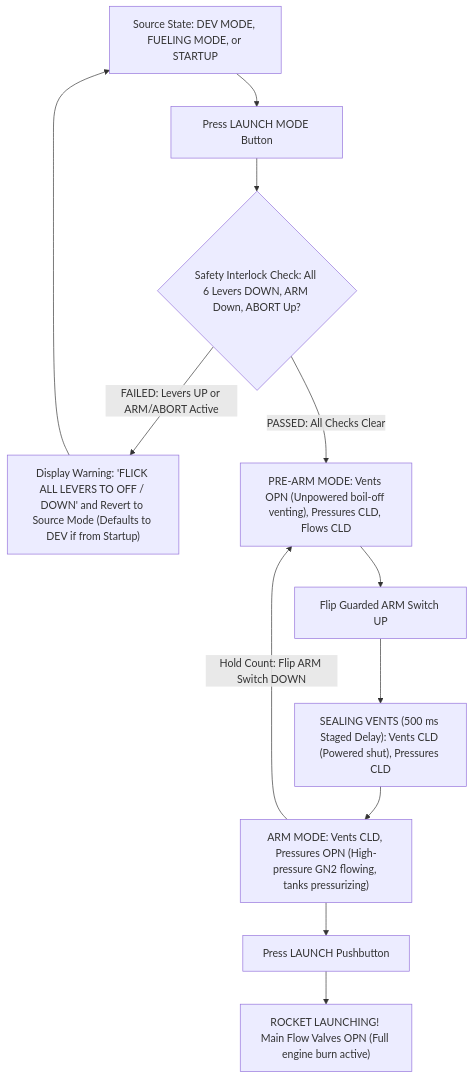
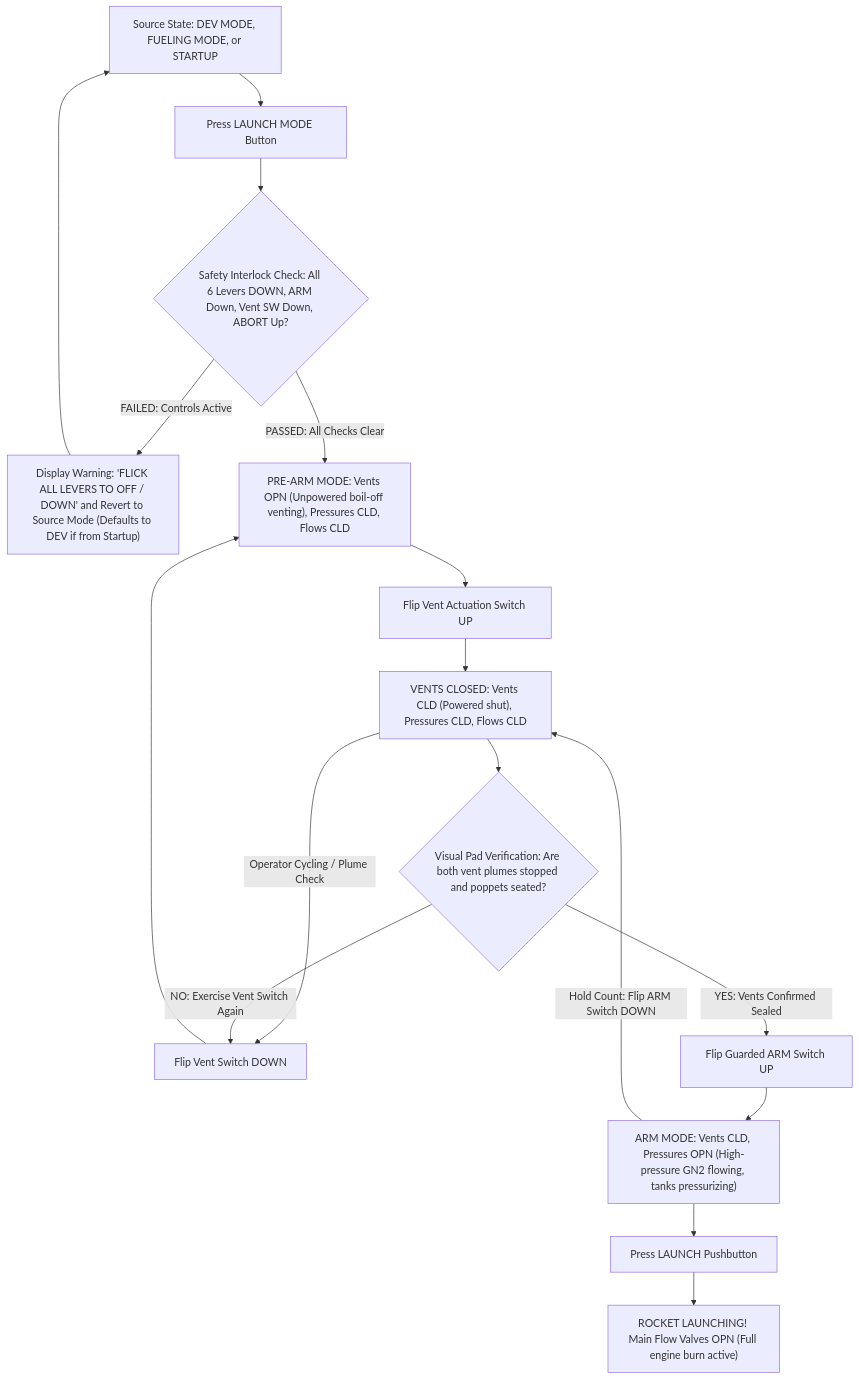
One commit to rocketproplab/phoenix-gs changed the first of 2 diagrams in OPERATOR_MANUAL.md. Above: the diagram before and after it, drawn with Mermaid. The commit also changed other lines of this file and 3 other files, not shown here.

Commit message:
feat: added bck gn2 vent swithch as a vent actuator for launch mode

````diff
--- a/OPERATOR_MANUAL.md
+++ b/OPERATOR_MANUAL.md
@@ -121,18 +131,25 @@
 ```mermaid
 flowchart TD
     Origin["Source State: DEV MODE, FUELING MODE, or STARTUP"] --> LaunchPress["Press LAUNCH MODE Button"]
-    LaunchPress --> SafetyCheck{"Safety Interlock Check: All 6 Levers DOWN, ARM Down, ABORT Up?"}
+    LaunchPress --> SafetyCheck{"Safety Interlock Check: All 6 Levers DOWN, ARM Down, Vent SW Down, ABORT Up?"}
     
-    SafetyCheck -- "FAILED: Levers UP or ARM/ABORT Active" --> Reject["Display Warning: 'FLICK ALL LEVERS TO OFF / DOWN' and Revert to Source Mode (Defaults to DEV if from Startup)"]
+    SafetyCheck -- "FAILED: Controls Active" --> Reject["Display Warning: 'FLICK ALL LEVERS TO OFF / DOWN' and Revert to Source Mode (Defaults to DEV if from Startup)"]
     Reject --> Origin
 
     SafetyCheck -- "PASSED: All Checks Clear" --> PreArm["PRE-ARM MODE: Vents OPN (Unpowered boil-off venting), Pressures CLD, Flows CLD"]
     
-    PreArm --> ArmSwitch["Flip Guarded ARM Switch UP"]
-    ArmSwitch --> Sealing["SEALING VENTS (500 ms Staged Delay): Vents CLD (Powered shut), Pressures CLD"]
-    Sealing --> Armed["ARM MODE: Vents CLD, Pressures OPN (High-pressure GN2 flowing, tanks pressurizing)"]
+    PreArm --> VentSwitch["Flip Vent Actuation Switch UP"]
+    VentSwitch --> VentsClosed["VENTS CLOSED: Vents CLD (Powered shut), Pressures CLD, Flows CLD"]
+    VentsClosed -- "Operator Cycling / Plume Check" --> VentSwitchDown["Flip Vent Switch DOWN"]
+    VentSwitchDown --> PreArm
+
+    VentsClosed --> VisualCheck{"Visual Pad Verification: Are both vent plumes stopped and poppets seated?"}
+    VisualCheck -- "NO: Exercise Vent Switch Again" --> VentSwitchDown
+    VisualCheck -- "YES: Vents Confirmed Sealed" --> ArmSwitch["Flip Guarded ARM Switch UP"]
     
-    Armed -- "Hold Count: Flip ARM Switch DOWN" --> PreArm
+    ArmSwitch --> Armed["ARM MODE: Vents CLD, Pressures OPN (High-pressure GN2 flowing, tanks pressurizing)"]
+    
+    Armed -- "Hold Count: Flip ARM Switch DOWN" --> VentsClosed
     Armed --> LaunchPressBtn["Press LAUNCH Pushbutton"]
     LaunchPressBtn --> Flight["ROCKET LAUNCHING! Main Flow Valves OPN (Full engine burn active)"]
 ```
````
